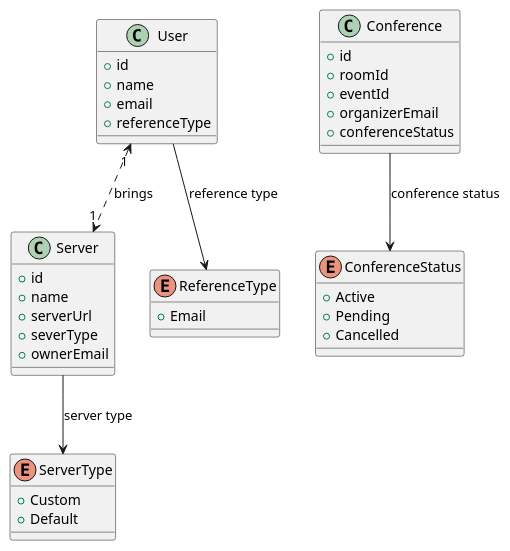
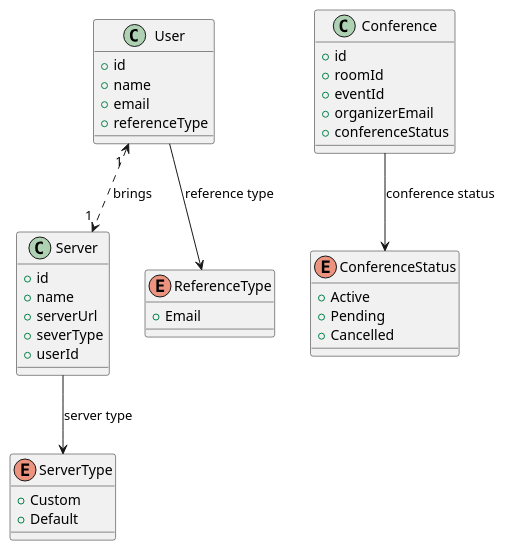
Before and after one commit to teenthofabud/jitsi-videoconference-moderator: the diagram in docs/er_conference_plantUML.puml, drawn with PlantUML. The commit also changed 14 other files, not shown here.

Commit message:
refactored user service and server service to have one to one relation

```diff
--- a/docs/er_conference_plantUML.puml
+++ b/docs/er_conference_plantUML.puml
@@ -1,53 +1,53 @@
     @startuml
 
     class User {
       +id
       +name
       +email
       +referenceType
     }
 
     class Server {
       +id
       +name
       +serverUrl
       +severType
-      +ownerEmail
+      +userId
     }
 
     class Conference {
       +id
       +roomId
       +eventId
       +organizerEmail
       +conferenceStatus
 
     }
 
     enum ReferenceType{
      +Email
     }
 
     enum ServerType{
      +Custom
      +Default
     }
 
     enum ConferenceStatus{
      +Active
      +Pending
      +Cancelled
     }
 
 
     User --> ReferenceType : reference type
 
     Server --> ServerType : server type
 
 
 
-    User "1" <..> "1" Server : brings
+    User "1 " <..> "1 " Server : brings
 
     Conference --> ConferenceStatus : conference status
 
     @enduml
```
